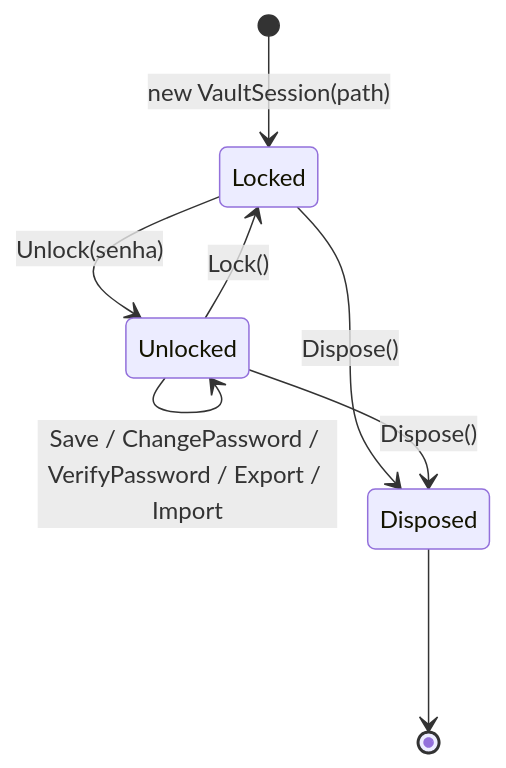
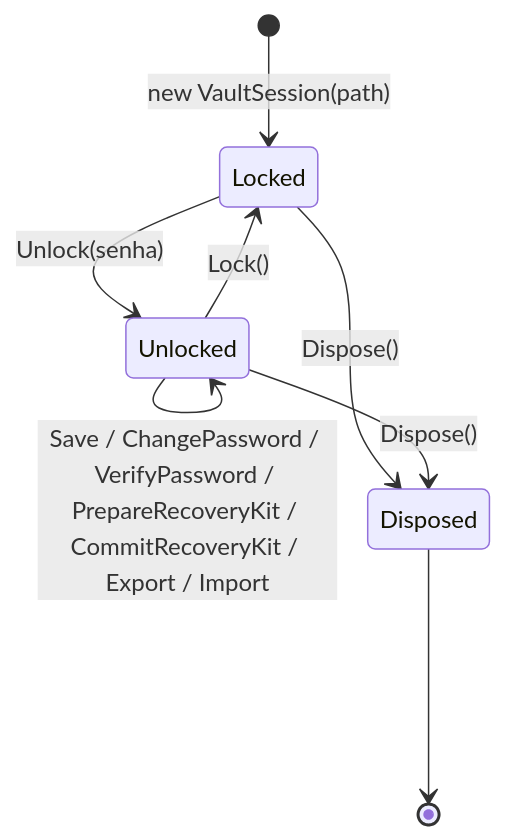
Before and after one commit to lucas-llb/passwordManagement: the third of 7 diagrams in docs/architecture.md, drawn with Mermaid. The commit also changed other lines of this file and 60 other files, not shown here.

````diff
--- a/docs/architecture.md
+++ b/docs/architecture.md
@@ -167,10 +173,10 @@
 ```mermaid
 stateDiagram-v2
     [*] --> Locked: new VaultSession(path)
     Locked --> Unlocked: Unlock(senha)
-    Unlocked --> Unlocked: Save / ChangePassword / VerifyPassword / Export / Import
+    Unlocked --> Unlocked: Save / ChangePassword / VerifyPassword / PrepareRecoveryKit / CommitRecoveryKit / Export / Import
     Unlocked --> Locked: Lock()
     Locked --> Disposed: Dispose()
     Unlocked --> Disposed: Dispose()
     Disposed --> [*]
 ```
````
